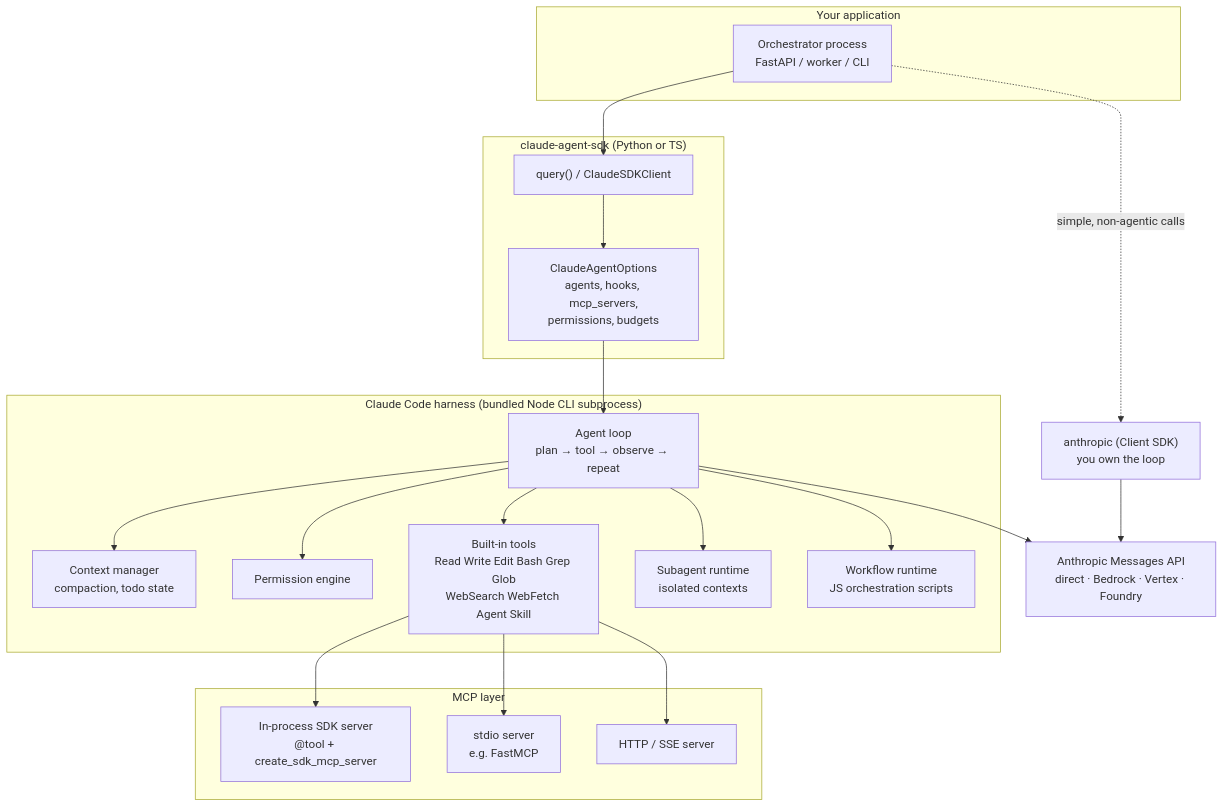
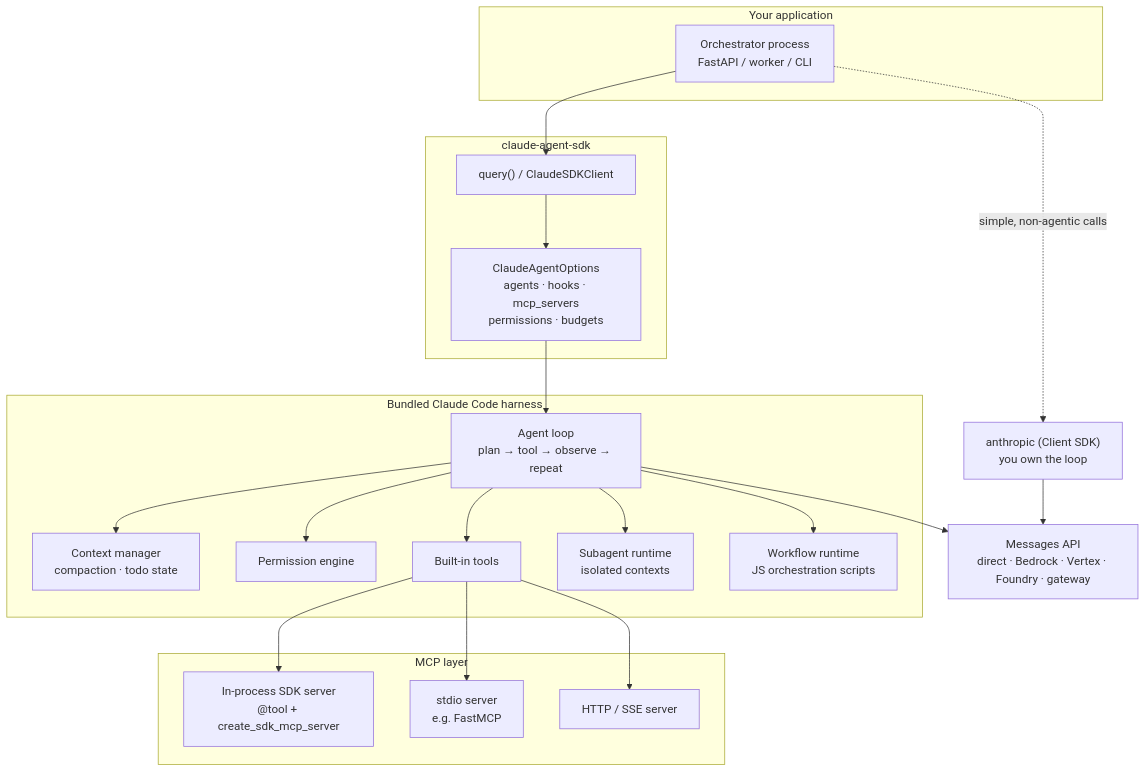
One commit to anjijava16/claude-certified-architect changed the second of 17 diagrams in SDK_DEEPDIVE.md. Above: the diagram before and after it, drawn with Mermaid. The commit also changed other lines of this file, not shown here.

````diff
--- a/SDK_DEEPDIVE.md
+++ b/SDK_DEEPDIVE.md
@@ -71,41 +148,41 @@
 ```mermaid
 graph TB
     subgraph APP["Your application"]
         ORCH["Orchestrator process<br/>FastAPI / worker / CLI"]
     end
 
-    subgraph AGENTSDK["claude-agent-sdk (Python or TS)"]
+    subgraph AGENTSDK["claude-agent-sdk"]
         Q["query() / ClaudeSDKClient"]
-        OPTS["ClaudeAgentOptions<br/>agents, hooks, mcp_servers,<br/>permissions, budgets"]
+        OPTS["ClaudeAgentOptions<br/>agents · hooks · mcp_servers<br/>permissions · budgets"]
     end
 
-    subgraph HARNESS["Claude Code harness (bundled Node CLI subprocess)"]
+    subgraph HARNESS["Bundled Claude Code harness"]
         LOOP["Agent loop<br/>plan → tool → observe → repeat"]
-        CTX["Context manager<br/>compaction, todo state"]
+        CTX["Context manager<br/>compaction · todo state"]
         PERM["Permission engine"]
-        TOOLS["Built-in tools<br/>Read Write Edit Bash Grep Glob<br/>WebSearch WebFetch Agent Skill"]
+        TOOLS["Built-in tools"]
         SUB["Subagent runtime<br/>isolated contexts"]
         WF["Workflow runtime<br/>JS orchestration scripts"]
     end
 
     subgraph MCPL["MCP layer"]
         INPROC["In-process SDK server<br/>@tool + create_sdk_mcp_server"]
         STDIO["stdio server<br/>e.g. FastMCP"]
         HTTP["HTTP / SSE server"]
     end
 
-    API["Anthropic Messages API<br/>direct · Bedrock · Vertex · Foundry"]
+    API["Messages API<br/>direct · Bedrock · Vertex · Foundry · gateway"]
     CLIENT["anthropic (Client SDK)<br/>you own the loop"]
 
     ORCH --> Q --> OPTS --> LOOP
     LOOP --> CTX
     LOOP --> PERM
     LOOP --> TOOLS
     LOOP --> SUB
     LOOP --> WF
     TOOLS --> INPROC
     TOOLS --> STDIO
     TOOLS --> HTTP
     LOOP --> API
     ORCH -.->|"simple, non-agentic calls"| CLIENT --> API
 ```
````
